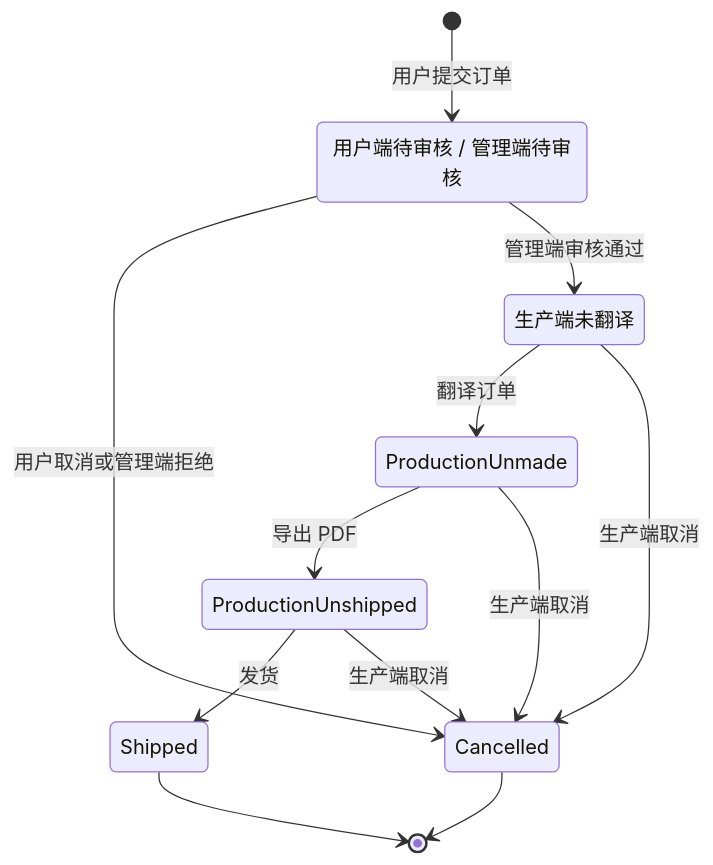
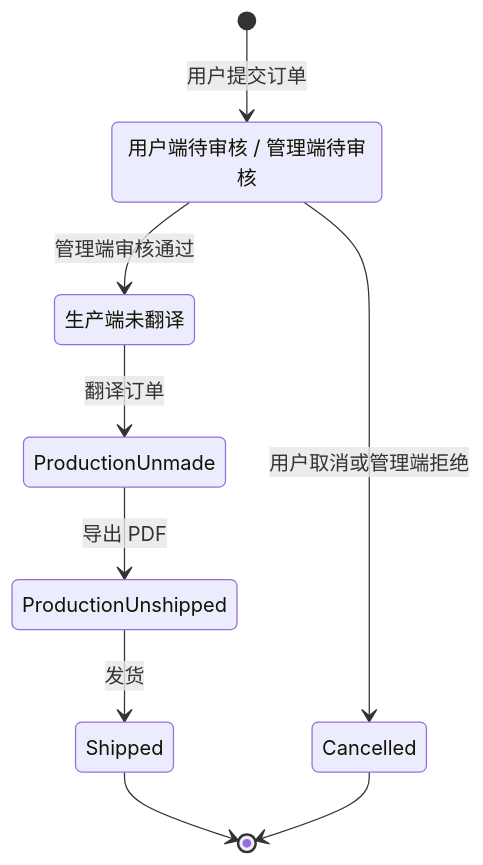
One commit to y15138550722-ops/mei-ka changed the third of 3 diagrams in specs/Requirements Management/换国内驾照翻译件_PRD.md. Above: the diagram before and after it, drawn with Mermaid. The commit also changed other lines of this file and 33 other files, not shown here.

````diff
--- a/specs/Requirements Management/换国内驾照翻译件_PRD.md
+++ b/specs/Requirements Management/换国内驾照翻译件_PRD.md
@@ -197,16 +207,13 @@
 ```mermaid
 stateDiagram-v2
     [*] --> UserPendingReview: 用户提交订单
     UserPendingReview: 用户端待审核 / 管理端待审核
     UserPendingReview --> Cancelled: 用户取消或管理端拒绝
     UserPendingReview --> ProductionUntranslated: 管理端审核通过
     ProductionUntranslated: 生产端未翻译
     ProductionUntranslated --> ProductionUnmade: 翻译订单
     ProductionUnmade --> ProductionUnshipped: 导出 PDF
     ProductionUnshipped --> Shipped: 发货
-    ProductionUntranslated --> Cancelled: 生产端取消
-    ProductionUnmade --> Cancelled: 生产端取消
-    ProductionUnshipped --> Cancelled: 生产端取消
     Shipped --> [*]
     Cancelled --> [*]
 ```
````
